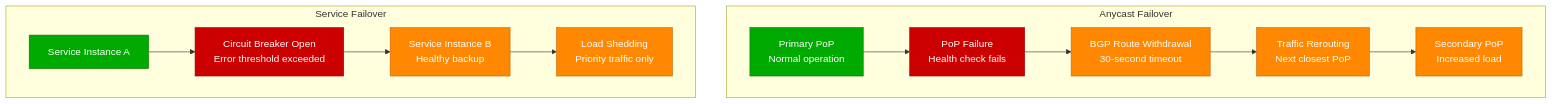
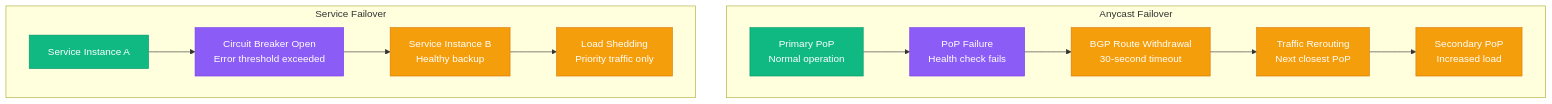
One commit to deepaucksharma/DS changed the fifth of 8 diagrams in site/docs/systems/cloudflare/failure-domains.md. Above: the diagram before and after it, drawn with Mermaid. The commit also changed other lines of this file and 303 other files, not shown here.

````diff
--- a/site/docs/systems/cloudflare/failure-domains.md
+++ b/site/docs/systems/cloudflare/failure-domains.md
@@ -189,24 +189,24 @@
 ```mermaid
 graph TB
     subgraph "Anycast Failover"
         PRIMARY[Primary PoP<br/>Normal operation] --> FAILURE[PoP Failure<br/>Health check fails]
         FAILURE --> BGP_WITHDRAW[BGP Route Withdrawal<br/>30-second timeout]
         BGP_WITHDRAW --> REROUTE[Traffic Rerouting<br/>Next closest PoP]
         REROUTE --> SECONDARY[Secondary PoP<br/>Increased load]
     end
 
     subgraph "Service Failover"
         SERVICE_A[Service Instance A] --> CIRCUIT_OPEN[Circuit Breaker Open<br/>Error threshold exceeded]
         CIRCUIT_OPEN --> SERVICE_B[Service Instance B<br/>Healthy backup]
         SERVICE_B --> LOAD_SHED[Load Shedding<br/>Priority traffic only]
     end
 
     %% Apply colors
-    classDef normalStyle fill:#00AA00,stroke:#007700,color:#fff
-    classDef failureStyle fill:#CC0000,stroke:#990000,color:#fff
-    classDef recoveryStyle fill:#FF8800,stroke:#CC6600,color:#fff
+    classDef normalStyle fill:#10B981,stroke:#059669,color:#fff
+    classDef failureStyle fill:#8B5CF6,stroke:#7C3AED,color:#fff
+    classDef recoveryStyle fill:#F59E0B,stroke:#D97706,color:#fff
 
     class PRIMARY,SERVICE_A normalStyle
     class FAILURE,CIRCUIT_OPEN failureStyle
     class BGP_WITHDRAW,REROUTE,SECONDARY,SERVICE_B,LOAD_SHED recoveryStyle
 ```
````
